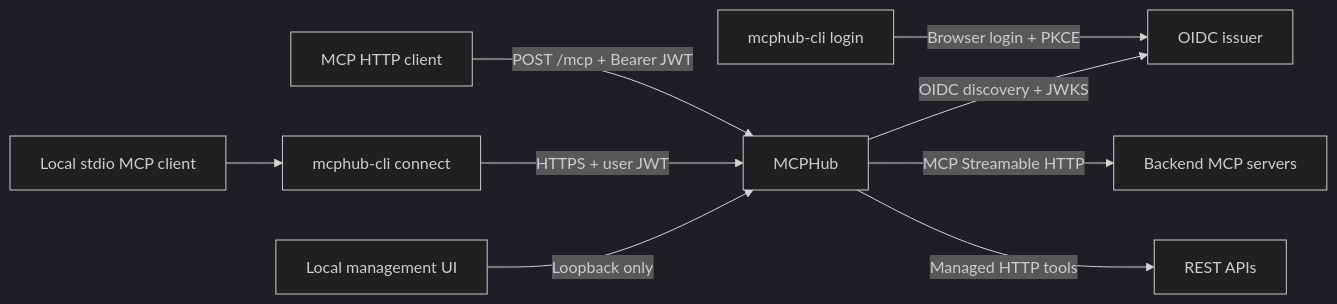
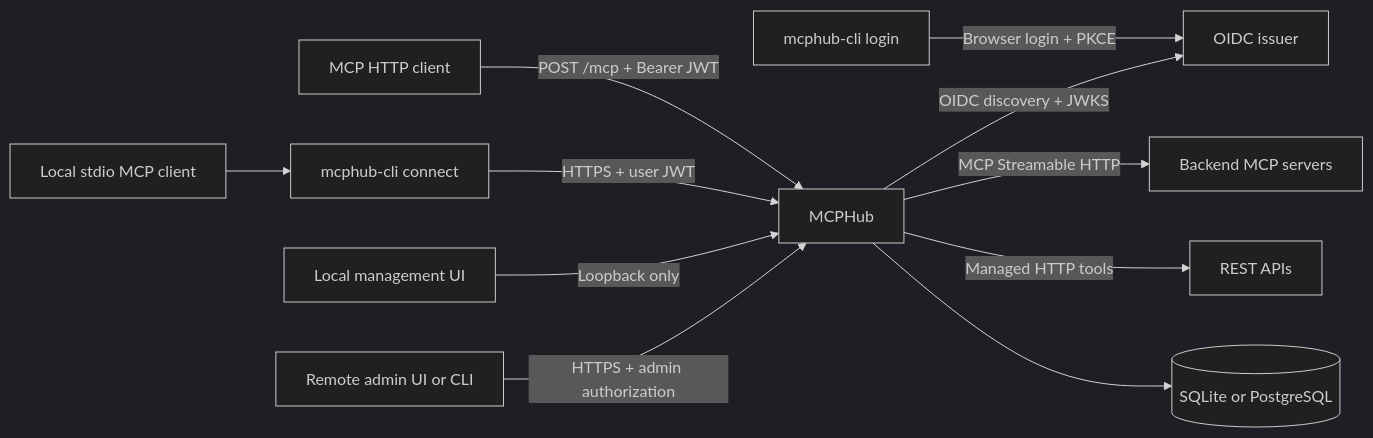
Before and after one commit to SamuelSupe/mcphub: the diagram in README.md, drawn with Mermaid (dark theme). The commit also changed other lines of this file and 61 other files, not shown here.

````diff
--- a/README.md
+++ b/README.md
@@ -16,11 +16,13 @@
 ```mermaid
 flowchart LR
     C[MCP HTTP client] -->|POST /mcp + Bearer JWT| H[MCPHub]
     S[Local stdio MCP client] --> CLI[mcphub-cli connect]
     CLI -->|HTTPS + user JWT| H
     L[mcphub-cli login] -->|Browser login + PKCE| I[OIDC issuer]
     H -->|OIDC discovery + JWKS| I
     H -->|MCP Streamable HTTP| B[Backend MCP servers]
     H -->|Managed HTTP tools| A[REST APIs]
     U[Local management UI] -->|Loopback only| H
+    R[Remote admin UI or CLI] -->|HTTPS + admin authorization| H
+    H --> D[(SQLite or PostgreSQL)]
 ```
````
